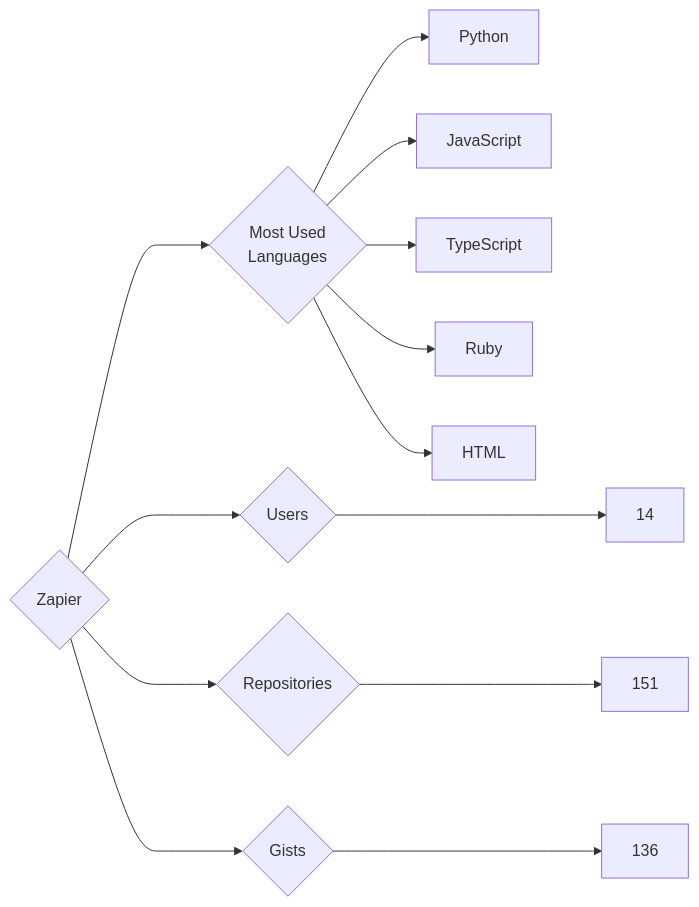
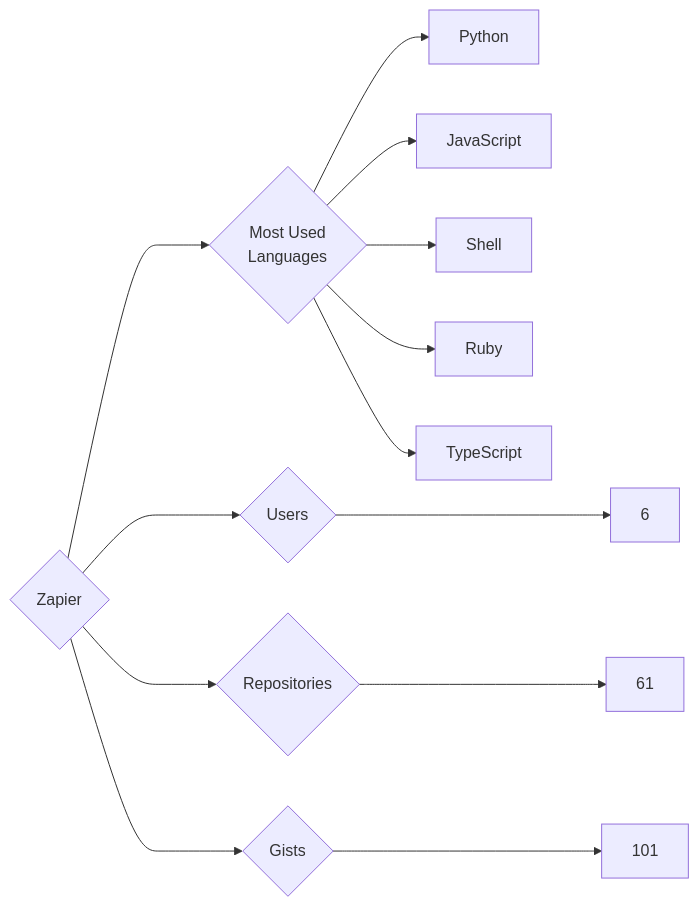
One commit to trickest/insiders changed the diagram in targets/Zapier/README.md. Above: the diagram before and after it, drawn with Mermaid. The commit also changed 870 other files, not shown here.

````diff
--- a/targets/Zapier/README.md
+++ b/targets/Zapier/README.md
@@ -3,13 +3,13 @@
 ```mermaid
 graph LR
 COMPANY_NAME{Zapier}
-COMPANY_NAME ---> U{Users} ---> UN[14]
-COMPANY_NAME ---> R{Repositories} ---> RN[151]
-COMPANY_NAME ---> G{Gists} ---> GN[136]
+COMPANY_NAME ---> U{Users} ---> UN[6]
+COMPANY_NAME ---> R{Repositories} ---> RN[61]
+COMPANY_NAME ---> G{Gists} ---> GN[101]
 COMPANY_NAME ---> ML{Most Used<br>Languages}
 ML --> Python[Python]
 ML --> JavaScript[JavaScript]
+ML --> Shell[Shell]
+ML --> Ruby[Ruby]
 ML --> TypeScript[TypeScript]
-ML --> Ruby[Ruby]
-ML --> HTML[HTML]
 ```
````
